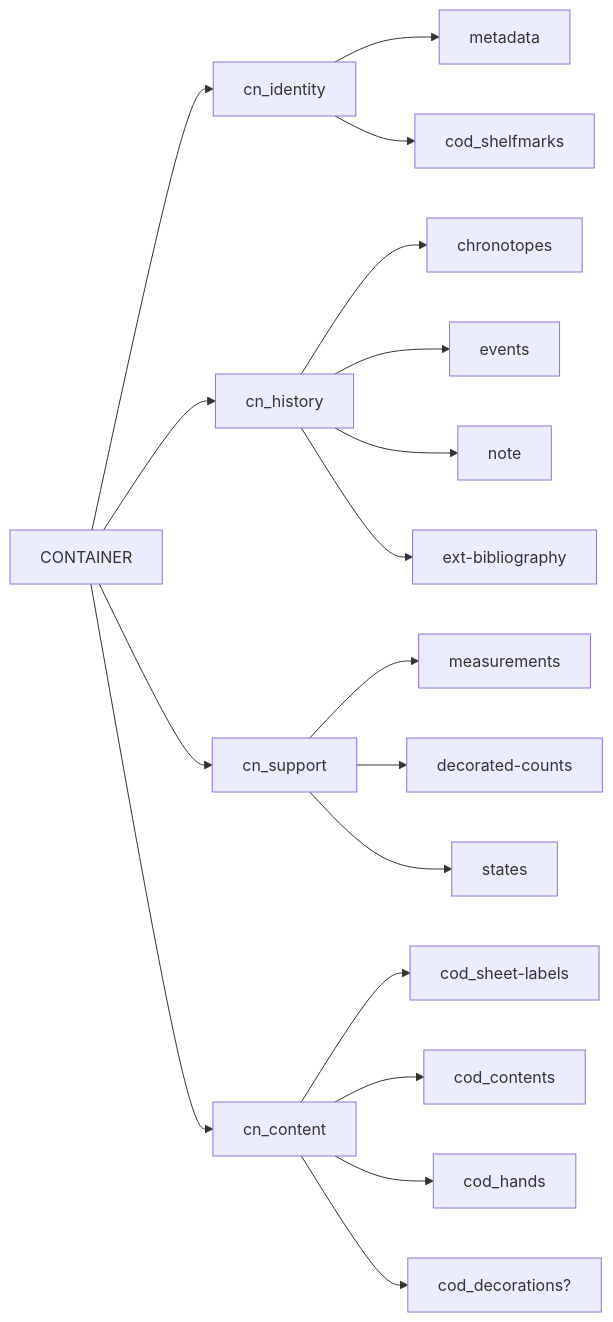
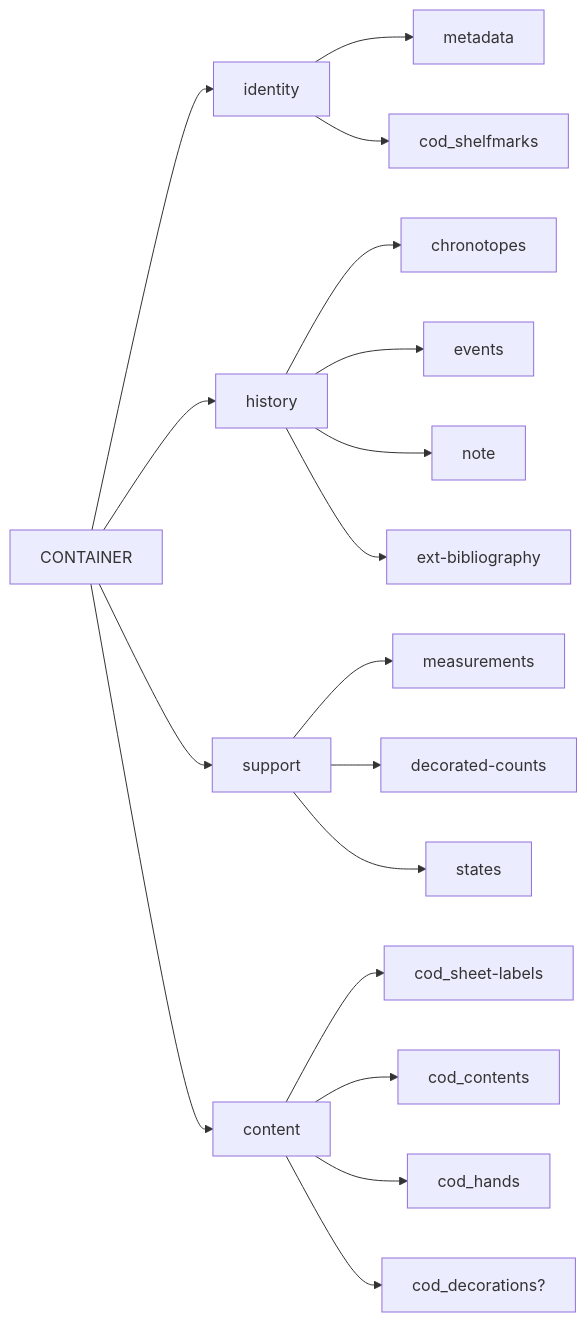
One commit to vedph/cadmus-ndp-frac changed the second of 2 diagrams in README.md. Above: the diagram before and after it, drawn with Mermaid. The commit also changed other lines of this file, not shown here.

````diff
--- a/README.md
+++ b/README.md
@@ -39,20 +39,20 @@
 ```mermaid
 graph LR;
-CONTAINER --> cn_identity
-cn_identity --> metadata
-cn_identity --> cod_shelfmarks
-CONTAINER --> cn_history
-cn_history --> chronotopes
-cn_history --> events
-cn_history --> note
-cn_history --> ext-bibliography
-CONTAINER --> cn_support
-cn_support --> measurements
-cn_support --> decorated-counts
-cn_support --> states
-CONTAINER --> cn_content
-cn_content --> cod_sheet-labels
-cn_content --> cod_contents
-cn_content --> cod_hands
-cn_content --> cod_decorations?
+CONTAINER --> identity
+identity --> metadata
+identity --> cod_shelfmarks
+CONTAINER --> history
+history --> chronotopes
+history --> events
+history --> note
+history --> ext-bibliography
+CONTAINER --> support
+support --> measurements
+support --> decorated-counts
+support --> states
+CONTAINER --> content
+content --> cod_sheet-labels
+content --> cod_contents
+content --> cod_hands
+content --> cod_decorations?
 ```
````
